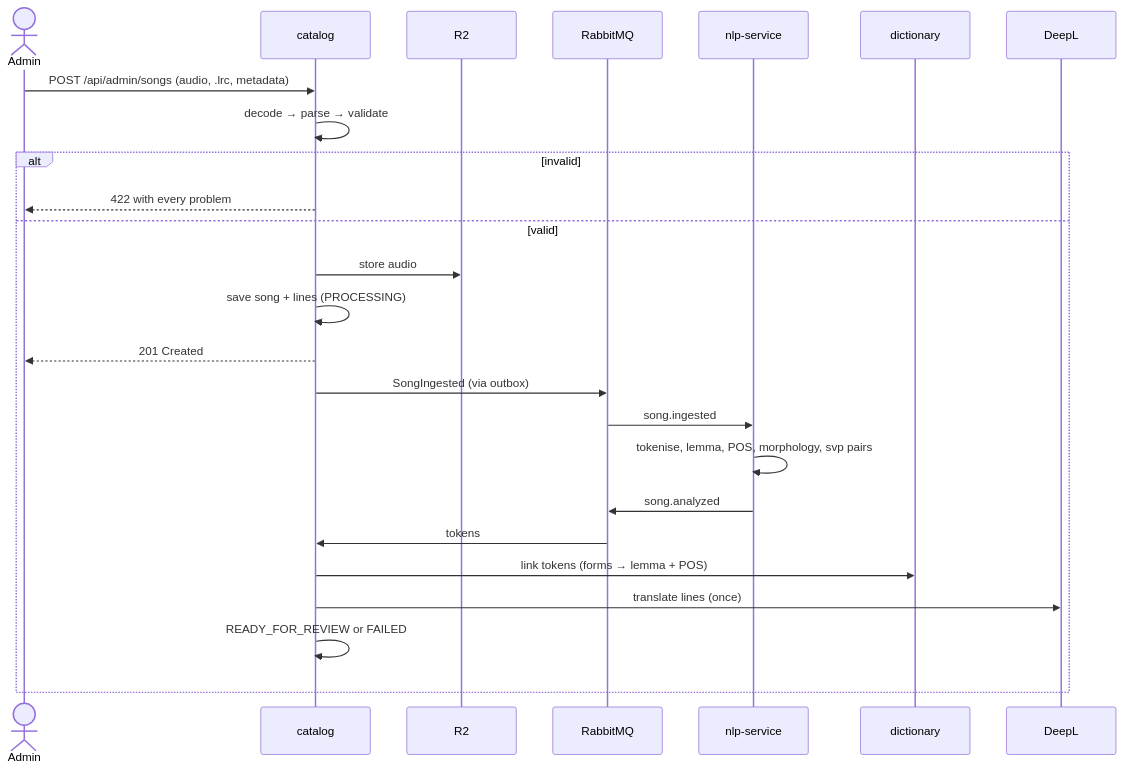
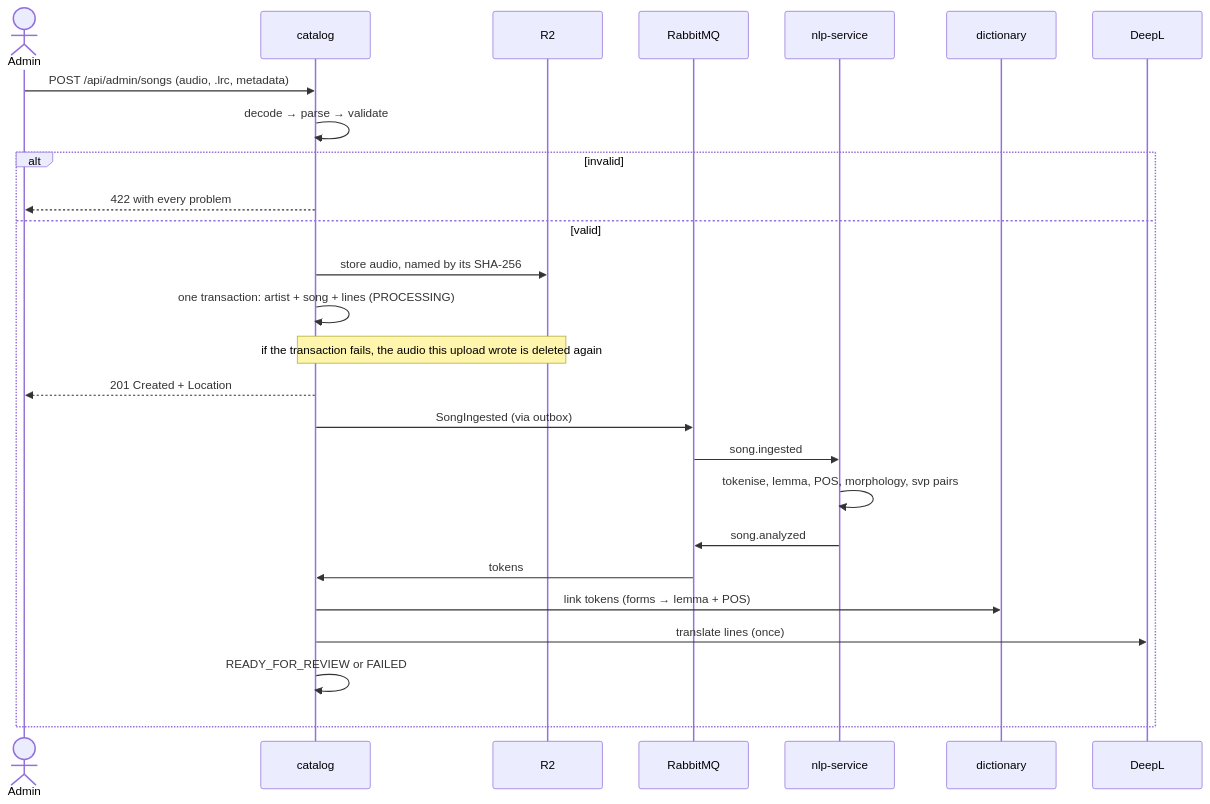
Before and after one commit to anasha447/lyric-sync-learning-platform: the fourth of 7 diagrams in docs/ARCHITECTURE.md, drawn with Mermaid. The commit also changed other lines of this file and 1 other file, not shown here.

Commit message:
docs: describe api errors and how ingestion stays consistent

````diff
--- a/docs/ARCHITECTURE.md
+++ b/docs/ARCHITECTURE.md
@@ -101,28 +101,29 @@
 ```mermaid
 sequenceDiagram
     actor Admin
     participant C as catalog
     participant R2 as R2
     participant MQ as RabbitMQ
     participant N as nlp-service
     participant D as dictionary
     participant DL as DeepL
 
     Admin->>C: POST /api/admin/songs (audio, .lrc, metadata)
     C->>C: decode → parse → validate
     alt invalid
         C-->>Admin: 422 with every problem
     else valid
-        C->>R2: store audio
-        C->>C: save song + lines (PROCESSING)
-        C-->>Admin: 201 Created
+        C->>R2: store audio, named by its SHA-256
+        C->>C: one transaction: artist + song + lines (PROCESSING)
+        Note over C,R2: if the transaction fails, the audio this upload wrote is deleted again
+        C-->>Admin: 201 Created + Location
         C->>MQ: SongIngested (via outbox)
         MQ->>N: song.ingested
         N->>N: tokenise, lemma, POS, morphology, svp pairs
         N->>MQ: song.analyzed
         MQ->>C: tokens
         C->>D: link tokens (forms → lemma + POS)
         C->>DL: translate lines (once)
         C->>C: READY_FOR_REVIEW or FAILED
     end
 ```
````
